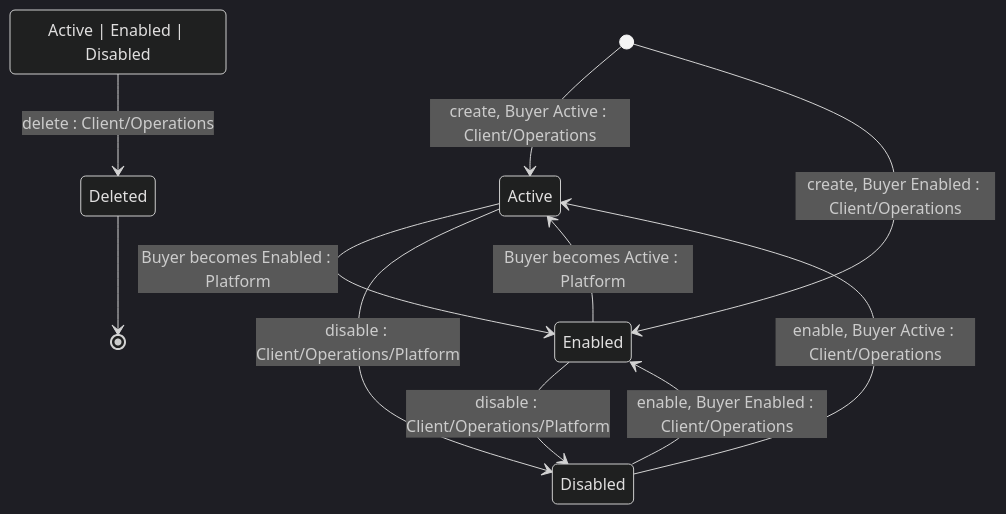
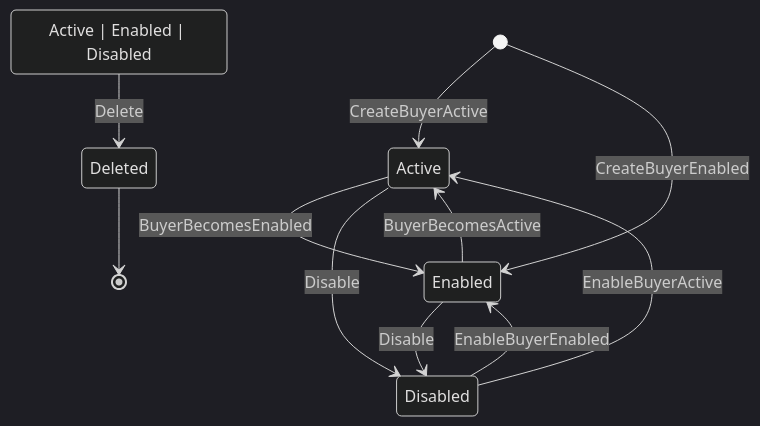
The diagram in developer-resources/rest-api/accounts-api/licensee/state-diagram.md (mikhailtchesnokov/gitbook), drawn with Mermaid (dark theme) before and after one commit. The commit also changed 151 other files, not shown here.

````diff
--- a/developer-resources/rest-api/accounts-api/licensee/state-diagram.md
+++ b/developer-resources/rest-api/accounts-api/licensee/state-diagram.md
@@ -13,14 +13,14 @@
 ```mermaid
 stateDiagram-v2
     state "Active | Enabled | Disabled" as Active_Enabled_Disabled
-    [*] --> Active : create, Buyer Active : Client/Operations
-    [*] --> Enabled : create, Buyer Enabled : Client/Operations
-    Enabled --> Active : Buyer becomes Active : Platform
-    Active --> Enabled : Buyer becomes Enabled : Platform
-    Active --> Disabled : disable : Client/Operations/Platform
-    Enabled --> Disabled : disable : Client/Operations/Platform
-    Disabled --> Active : enable, Buyer Active : Client/Operations
-    Disabled --> Enabled : enable, Buyer Enabled : Client/Operations
-    Active_Enabled_Disabled --> Deleted : delete : Client/Operations
+    [*] --> Active : CreateBuyerActive
+    [*] --> Enabled : CreateBuyerEnabled
+    Enabled --> Active : BuyerBecomesActive
+    Active --> Enabled : BuyerBecomesEnabled
+    Active --> Disabled : Disable
+    Enabled --> Disabled : Disable
+    Disabled --> Active : EnableBuyerActive
+    Disabled --> Enabled : EnableBuyerEnabled
+    Active_Enabled_Disabled --> Deleted : Delete
     Deleted --> [*]
 ```
````
